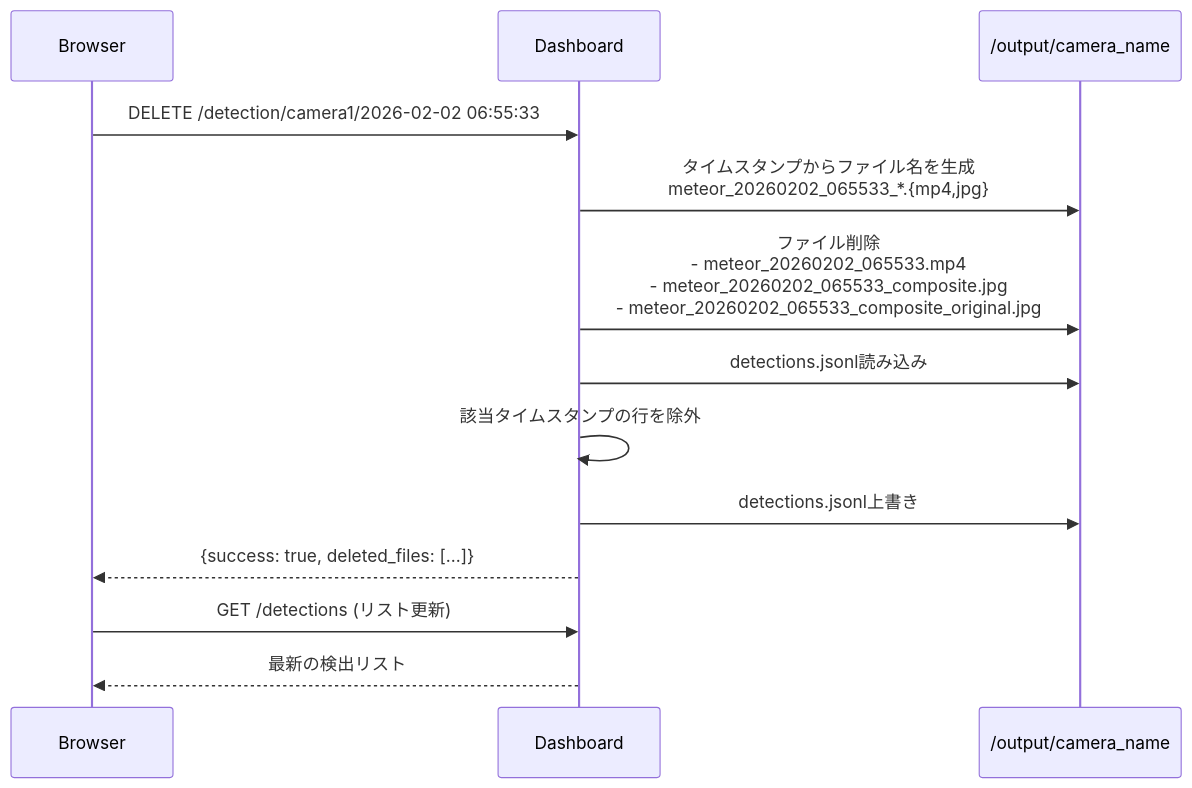
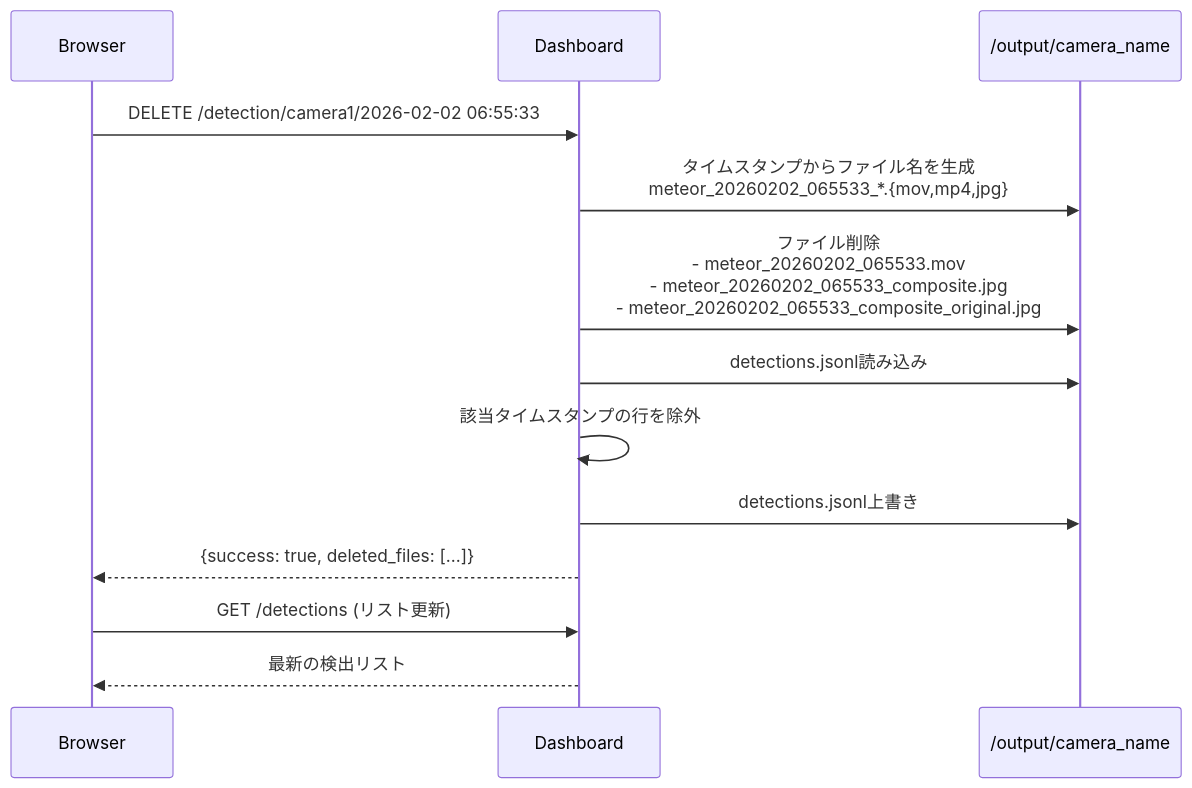
The fifth of 5 diagrams in documents/ARCHITECTURE.md (Masakai/meteo), drawn with Mermaid before and after one commit. The commit also changed other lines of this file and 15 other files, not shown here.

````diff
--- a/documents/ARCHITECTURE.md
+++ b/documents/ARCHITECTURE.md
@@ -183,21 +183,21 @@
 ```mermaid
 sequenceDiagram
     participant Browser
     participant Dashboard
     participant Storage as /output/camera_name
 
     Browser->>Dashboard: DELETE /detection/camera1/2026-02-02 06:55:33
 
-    Dashboard->>Storage: タイムスタンプからファイル名を生成<br/>meteor_20260202_065533_*.{mp4,jpg}
+    Dashboard->>Storage: タイムスタンプからファイル名を生成<br/>meteor_20260202_065533_*.{mov,mp4,jpg}
 
-    Dashboard->>Storage: ファイル削除<br/>- meteor_20260202_065533.mp4<br/>- meteor_20260202_065533_composite.jpg<br/>- meteor_20260202_065533_composite_original.jpg
+    Dashboard->>Storage: ファイル削除<br/>- meteor_20260202_065533.mov<br/>- meteor_20260202_065533_composite.jpg<br/>- meteor_20260202_065533_composite_original.jpg
 
     Dashboard->>Storage: detections.jsonl読み込み
     Dashboard->>Dashboard: 該当タイムスタンプの行を除外
     Dashboard->>Storage: detections.jsonl上書き
 
     Dashboard-->>Browser: {success: true, deleted_files: [...]}
 
     Browser->>Dashboard: GET /detections (リスト更新)
     Dashboard-->>Browser: 最新の検出リスト
 ```
````
